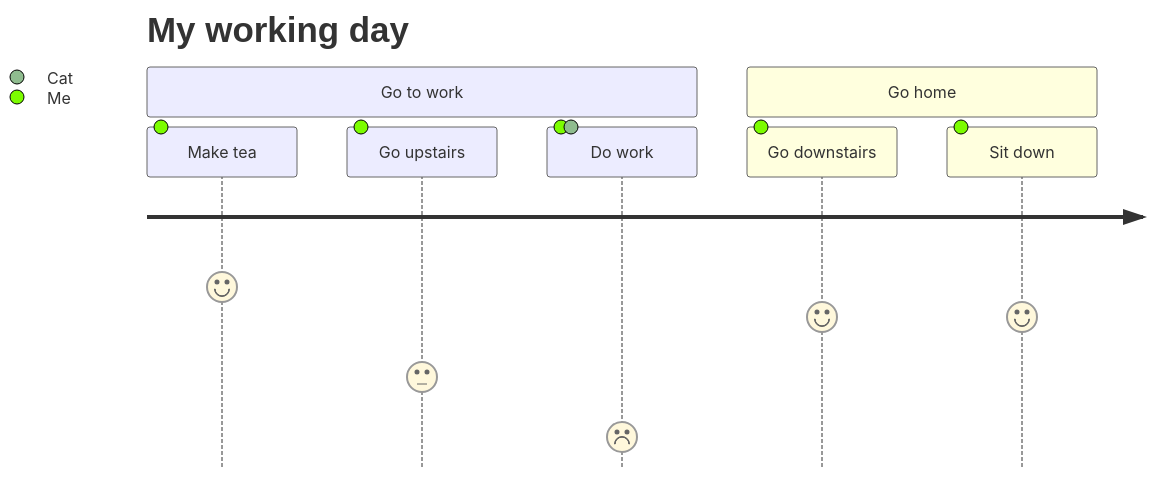
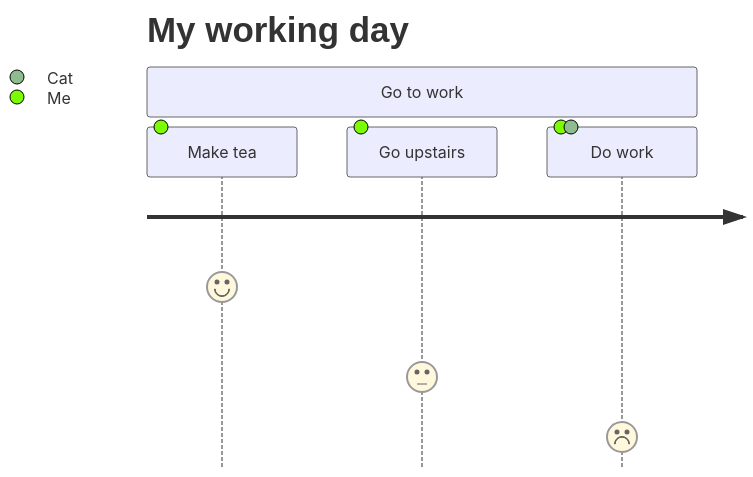
One commit to virgili23/ch-venue changed the second of 3 diagrams in README.md. Above: the diagram before and after it, drawn with Mermaid. The commit also changed other lines of this file and 1 other file, not shown here.

````diff
--- a/README.md
+++ b/README.md
@@ -56,13 +42,9 @@
 ```mermaid
 
 journey
     title My working day
     section Go to work
       Make tea: 6: Me
       Go upstairs: 3: Me
       Do work: 1: Me, Cat
-    section Go home
-      Go downstairs: 5: Me
-      Sit down: 5: Me
-
 ```
````
